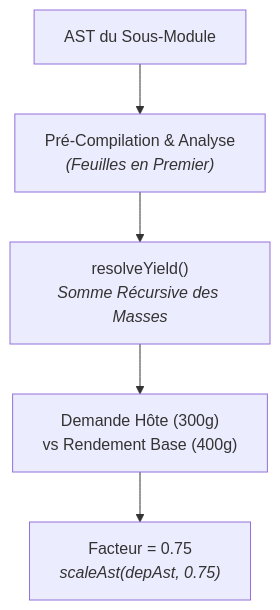
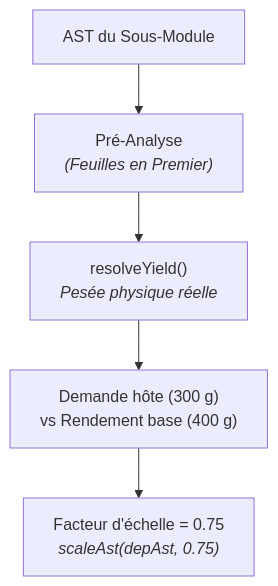
The second of 2 diagrams in packages/docs/src/content/docs/fr/docs/explanation/engine/modules.mdx (gram-lang/gram), drawn with Mermaid before and after one commit. The commit also changed other lines of this file and 2 other files, not shown here.

````diff
--- a/packages/docs/src/content/docs/fr/docs/explanation/engine/modules.mdx
+++ b/packages/docs/src/content/docs/fr/docs/explanation/engine/modules.mdx
@@ -60,7 +60,7 @@
 ```mermaid
 flowchart TD
-    ModuleAST["AST du Sous-Module"] --> PreCompile["Pré-Compilation & Analyse<br/><i>(Feuilles en Premier)</i>"]
-    PreCompile --> MeasureYield["resolveYield()<br/><i>Somme Récursive des Masses</i>"]
-    MeasureYield --> Compare["Demande Hôte (300g)<br/>vs Rendement Base (400g)"]
-    Compare --> Factor["Facteur = 0.75<br/><i>scaleAst(depAst, 0.75)</i>"]
+    ModuleAST["AST du Sous-Module"] --> PreCompile["Pré-Analyse<br/><i>(Feuilles en Premier)</i>"]
+    PreCompile --> MeasureYield["resolveYield()<br/><i>Pesée physique réelle</i>"]
+    MeasureYield --> Compare["Demande hôte (300 g)<br/>vs Rendement base (400 g)"]
+    Compare --> Factor["Facteur d'échelle = 0.75<br/><i>scaleAst(depAst, 0.75)</i>"]
 ```
````
